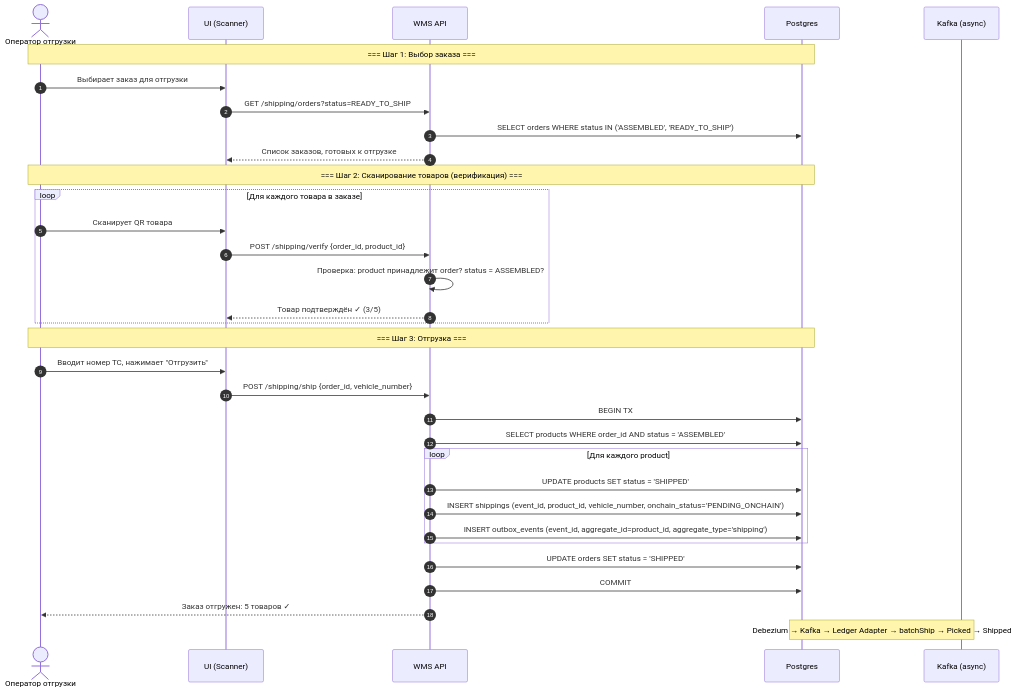
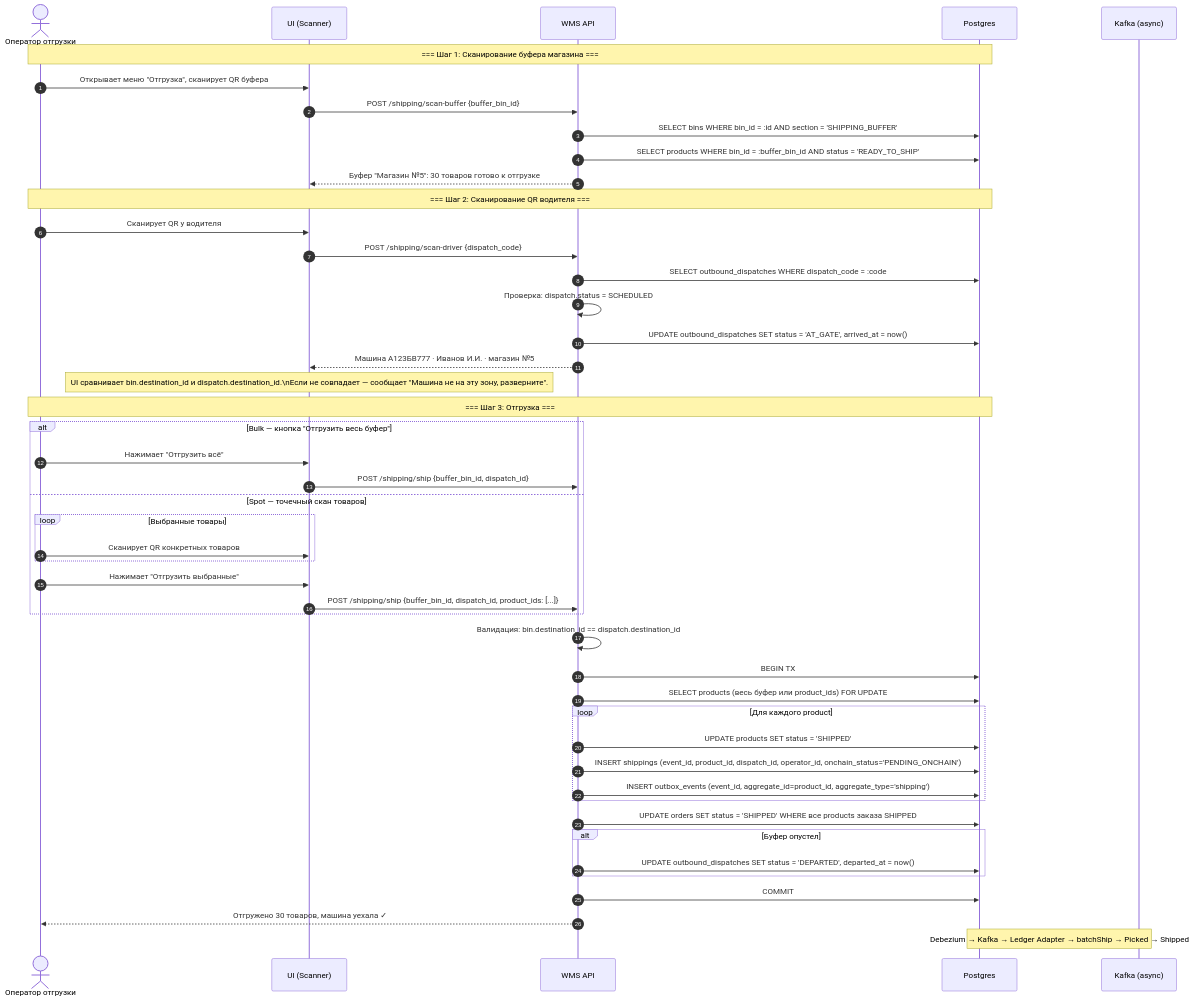
Before and after one commit to oglenyaboss/avalanche-wms: the first of 7 diagrams in docs/flows/shipping-flow.md, drawn with Mermaid. The commit also changed other lines of this file and 1 other file, not shown here.

First line of the commit message:
docs(flows): обновить assembly и shipping под решения встречи по outbound-потоку

````diff
--- a/docs/flows/shipping-flow.md
+++ b/docs/flows/shipping-flow.md
@@ -11,42 +16,59 @@
 ```mermaid
 sequenceDiagram
     autonumber
     actor Op as Оператор отгрузки
     participant UI as UI (Scanner)
     participant WMS as WMS API
     participant PG as Postgres
     participant KF as Kafka (async)
 
-    Note over Op,PG: === Шаг 1: Выбор заказа ===
-    Op->>UI: Выбирает заказ для отгрузки
-    UI->>WMS: GET /shipping/orders?status=READY_TO_SHIP
-    WMS->>PG: SELECT orders WHERE status IN ('ASSEMBLED', 'READY_TO_SHIP')
-    WMS-->>UI: Список заказов, готовых к отгрузке
+    Note over Op,PG: === Шаг 1: Сканирование буфера магазина ===
+    Op->>UI: Открывает меню "Отгрузка", сканирует QR буфера
+    UI->>WMS: POST /shipping/scan-buffer {buffer_bin_id}
+    WMS->>PG: SELECT bins WHERE bin_id = :id AND section = 'SHIPPING_BUFFER'
+    WMS->>PG: SELECT products WHERE bin_id = :buffer_bin_id AND status = 'READY_TO_SHIP'
+    WMS-->>UI: Буфер "Магазин №5": 30 товаров готово к отгрузке
 
-    Note over Op,PG: === Шаг 2: Сканирование товаров (верификация) ===
-    loop Для каждого товара в заказе
-        Op->>UI: Сканирует QR товара
-        UI->>WMS: POST /shipping/verify {order_id, product_id}
-        WMS->>WMS: Проверка: product принадлежит order? status = ASSEMBLED?
-        WMS-->>UI: Товар подтверждён ✓ (3/5)
+    Note over Op,PG: === Шаг 2: Сканирование QR водителя ===
+    Op->>UI: Сканирует QR у водителя
+    UI->>WMS: POST /shipping/scan-driver {dispatch_code}
+    WMS->>PG: SELECT outbound_dispatches WHERE dispatch_code = :code
+    WMS->>WMS: Проверка: dispatch.status = SCHEDULED
+    WMS->>PG: UPDATE outbound_dispatches SET status = 'AT_GATE', arrived_at = now()
+    WMS-->>UI: Машина А123БВ777 · Иванов И.И. · магазин №5
+
+    Note over UI: UI сравнивает bin.destination_id и dispatch.destination_id.\nЕсли не совпадает — сообщает "Машина не на эту зону, разверните".
+
+    Note over Op,PG: === Шаг 3: Отгрузка ===
+    alt Bulk — кнопка "Отгрузить весь буфер"
+        Op->>UI: Нажимает "Отгрузить всё"
+        UI->>WMS: POST /shipping/ship {buffer_bin_id, dispatch_id}
+    else Spot — точечный скан товаров
+        loop Выбранные товары
+            Op->>UI: Сканирует QR конкретных товаров
+        end
+        Op->>UI: Нажимает "Отгрузить выбранные"
+        UI->>WMS: POST /shipping/ship {buffer_bin_id, dispatch_id, product_ids: [...]}
     end
 
-    Note over Op,PG: === Шаг 3: Отгрузка ===
-    Op->>UI: Вводит номер ТС, нажимает "Отгрузить"
-    UI->>WMS: POST /shipping/ship {order_id, vehicle_number}
+    WMS->>WMS: Валидация: bin.destination_id == dispatch.destination_id
     WMS->>PG: BEGIN TX
-
-    WMS->>PG: SELECT products WHERE order_id AND status = 'ASSEMBLED'
+    WMS->>PG: SELECT products (весь буфер или product_ids) FOR UPDATE
 
     loop Для каждого product
         WMS->>PG: UPDATE products SET status = 'SHIPPED'
-        WMS->>PG: INSERT shippings (event_id, product_id, vehicle_number, onchain_status='PENDING_ONCHAIN')
+        WMS->>PG: INSERT shippings (event_id, product_id, dispatch_id, operator_id, onchain_status='PENDING_ONCHAIN')
         WMS->>PG: INSERT outbox_events (event_id, aggregate_id=product_id, aggregate_type='shipping')
     end
 
-    WMS->>PG: UPDATE orders SET status = 'SHIPPED'
+    WMS->>PG: UPDATE orders SET status = 'SHIPPED' WHERE все products заказа SHIPPED
+
+    alt Буфер опустел
+        WMS->>PG: UPDATE outbound_dispatches SET status = 'DEPARTED', departed_at = now()
+    end
+
     WMS->>PG: COMMIT
-    WMS-->>Op: Заказ отгружен: 5 товаров ✓
+    WMS-->>Op: Отгружено 30 товаров, машина уехала ✓
 
     Note over PG,KF: Debezium → Kafka → Ledger Adapter → batchShip → Picked → Shipped
 ```
````
